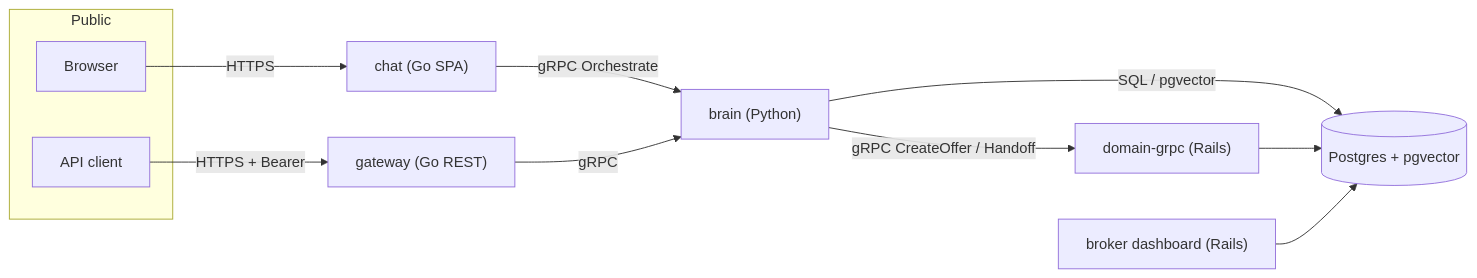
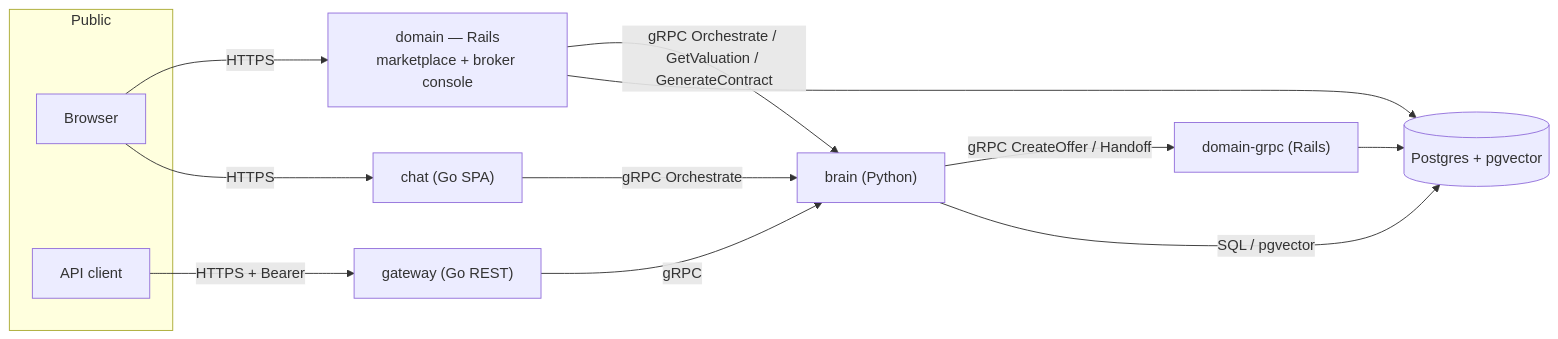
The first of 2 diagrams in README.md (rikkiiwang/ai-real-estate-agent), drawn with Mermaid before and after one commit. The commit also changed other lines of this file and 4 other files, not shown here.

First line of the commit message:
docs: align README/ARCHITECTURE/DEPLOY with the consumer marketplace + ready deploy for public are-domain

````diff
--- a/README.md
+++ b/README.md
@@ -73,15 +78,17 @@
 ```mermaid
 flowchart LR
   subgraph Public
     Browser["Browser"]
     APIClient["API client"]
   end
+  Browser -->|HTTPS| MKT["domain — Rails<br/>marketplace + broker console"]
   Browser -->|HTTPS| CHAT["chat (Go SPA)"]
   APIClient -->|HTTPS + Bearer| GW["gateway (Go REST)"]
-  CHAT -->|gRPC Orchestrate| BRAIN["brain (Python)"]
+  MKT -->|gRPC Orchestrate / GetValuation / GenerateContract| BRAIN["brain (Python)"]
+  CHAT -->|gRPC Orchestrate| BRAIN
   GW -->|gRPC| BRAIN
   BRAIN -->|gRPC CreateOffer / Handoff| DOMG["domain-grpc (Rails)"]
   BRAIN -->|SQL / pgvector| DB[("Postgres + pgvector")]
+  MKT --> DB
   DOMG --> DB
-  DASH["broker dashboard (Rails)"] --> DB
 ```
````
